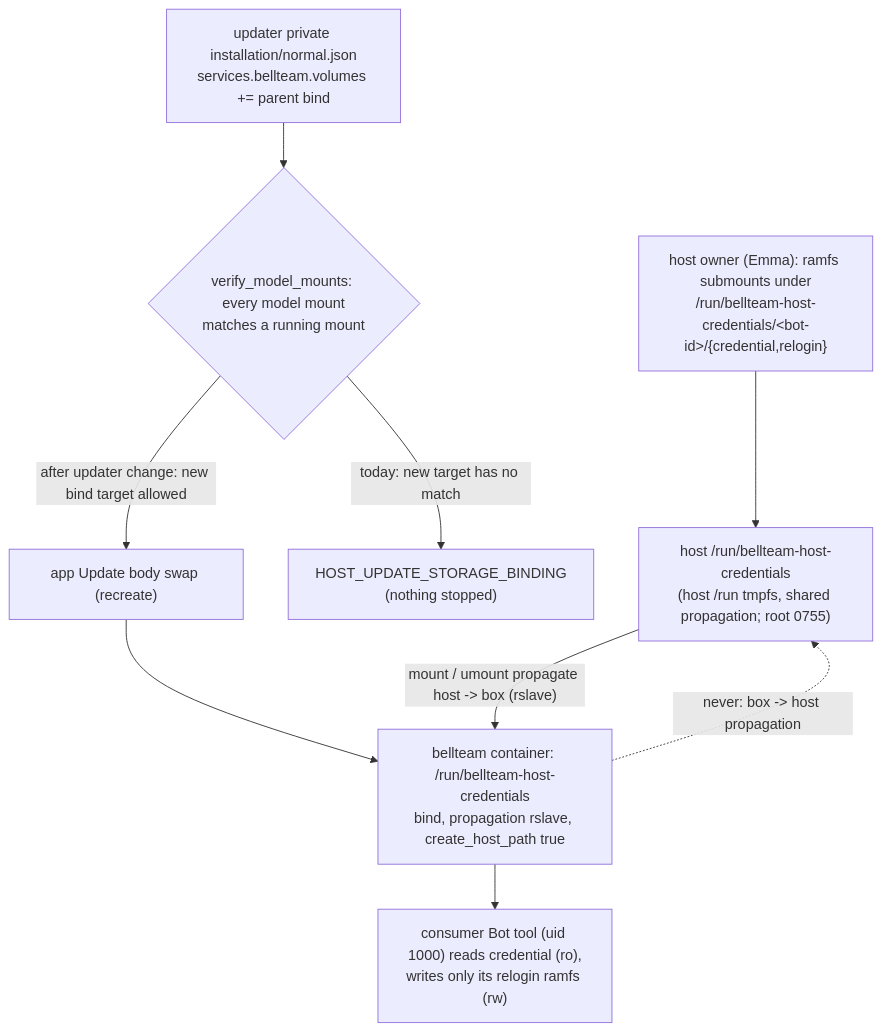
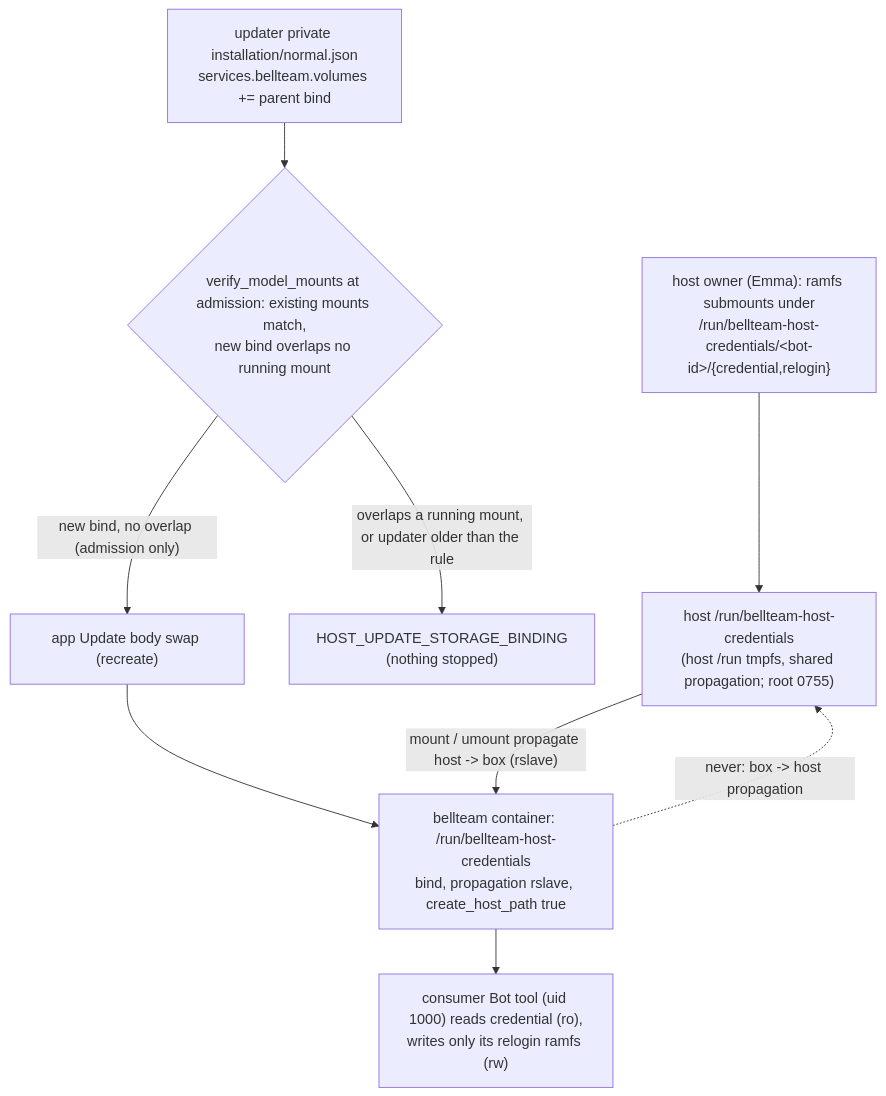
Before and after one commit to kitepon/BellTeam: the fifth of 7 diagrams in docs/architecture/modules/runtime/execution.md, drawn with Mermaid. The commit also changed other lines of this file and 11 other files, not shown here.

First line of the commit message:
Updater: admit a new model bind at worker admission when it overlaps no running mount

````diff
--- a/docs/architecture/modules/runtime/execution.md
+++ b/docs/architecture/modules/runtime/execution.md
@@ -140,11 +140,11 @@
 ```mermaid
 flowchart TD
   HostUnit["host owner (Emma): ramfs submounts under<br/>/run/bellteam-host-credentials/&lt;bot-id&gt;/{credential,relogin}"] --> HostRoot["host /run/bellteam-host-credentials<br/>(host /run tmpfs, shared propagation; root 0755)"]
-  Normal["updater private installation/normal.json<br/>services.bellteam.volumes += parent bind"] --> Check{"verify_model_mounts: every model mount<br/>matches a running mount"}
-  Check -->|"today: new target has no match"| Refused["HOST_UPDATE_STORAGE_BINDING<br/>(nothing stopped)"]
-  Check -->|"after updater change: new bind target allowed"| AppUpdate["app Update body swap (recreate)"]
+  Normal["updater private installation/normal.json<br/>services.bellteam.volumes += parent bind"] --> Check{"verify_model_mounts at admission: existing mounts match,<br/>new bind overlaps no running mount"}
+  Check -->|"overlaps a running mount, or updater older than the rule"| Refused["HOST_UPDATE_STORAGE_BINDING<br/>(nothing stopped)"]
+  Check -->|"new bind, no overlap (admission only)"| AppUpdate["app Update body swap (recreate)"]
   AppUpdate --> Box["bellteam container: /run/bellteam-host-credentials<br/>bind, propagation rslave, create_host_path true"]
   HostRoot -->|"mount / umount propagate host -> box (rslave)"| Box
   Box --> Consumer["consumer Bot tool (uid 1000) reads credential (ro),<br/>writes only its relogin ramfs (rw)"]
   Box -.->|"never: box -> host propagation"| HostRoot
 ```
````
